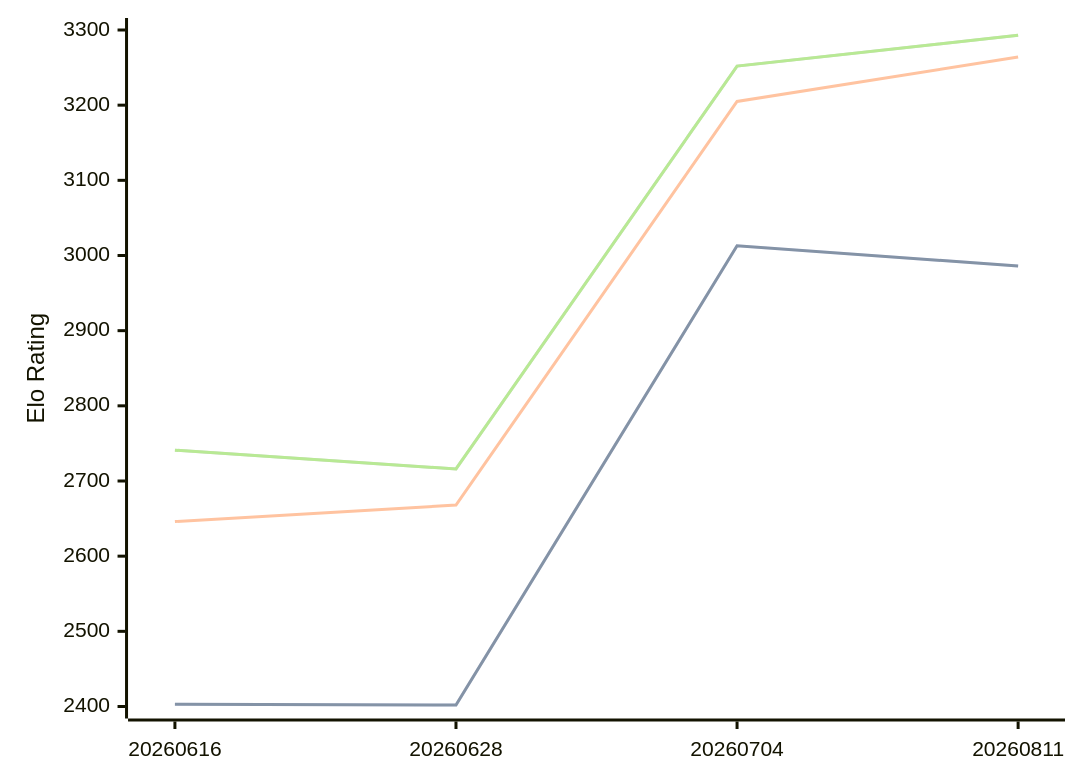
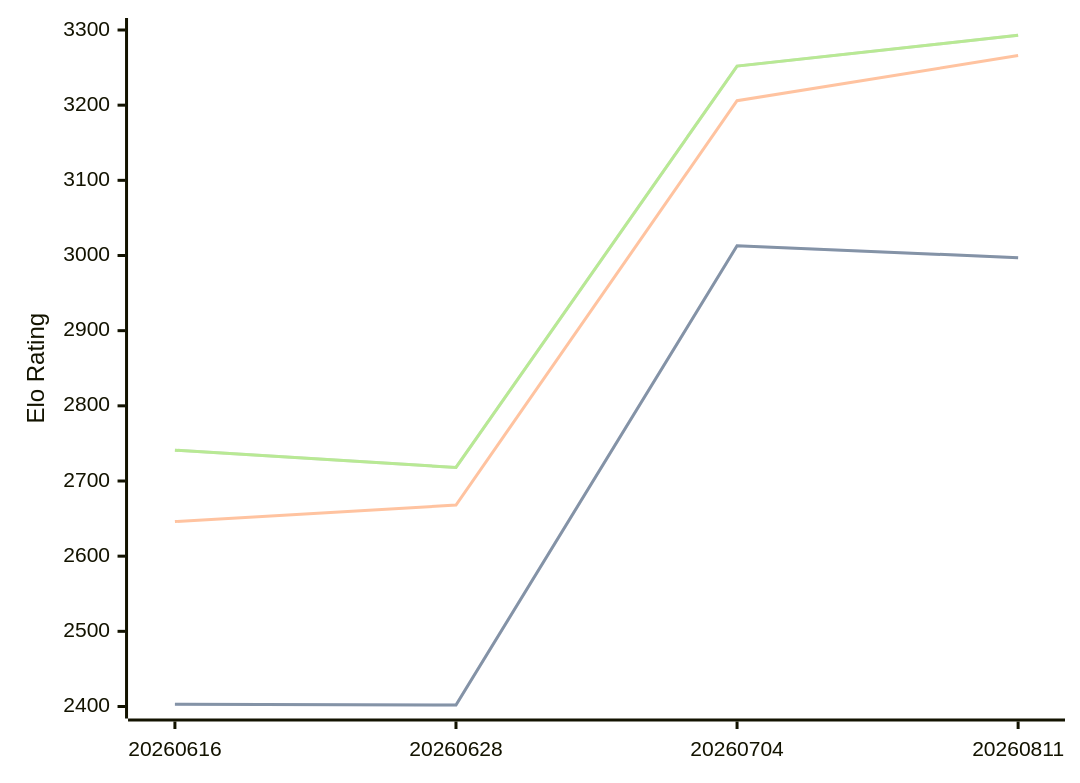
Before and after one commit to computer-chess-index/cci: the diagram in engines/Askaig.md, drawn with Mermaid. The commit also changed other lines of this file, not shown here.

Commit message:
Update CCI Ratings (ELO VLTC) - 2026-08-23

````diff
--- a/engines/Askaig.md
+++ b/engines/Askaig.md
@@ -36,11 +36,11 @@
 ```mermaid
 %%{init: {"theme":"base","themeVariables":{"seriesColors:['#a3a3a3','#222221','#faa371']}}}%%
 xychart-beta
   x-axis ["20260616", "20260628", "20260704", "20260811"]
   y-axis "Elo Rating" 2400 --> 3300
-  line "STC (8.0+0.08s)" [2403, 2402, 3013, 2986]
-  line "STC (8.0+0.08s)" [2403, 2402, 3013, 2986]
-  line "LTC (60.0+0.60s)" [2646, 2668, 3205, 3264]
-  line "VLTC (2m24s+1.12s)" [2741, 2716, 3252, 3293]
-  line "VLTC (2m24s+1.12s)" [2741, 2716, 3252, 3293]
+  line "STC (8.0+0.08s)" [2403, 2402, 3013, 2997]
+  line "STC (8.0+0.08s)" [2403, 2402, 3013, 2997]
+  line "LTC (60.0+0.60s)" [2646, 2668, 3206, 3266]
+  line "VLTC (2m24s+1.12s)" [2741, 2718, 3252, 3293]
+  line "VLTC (2m24s+1.12s)" [2741, 2718, 3252, 3293]
 ```
````
